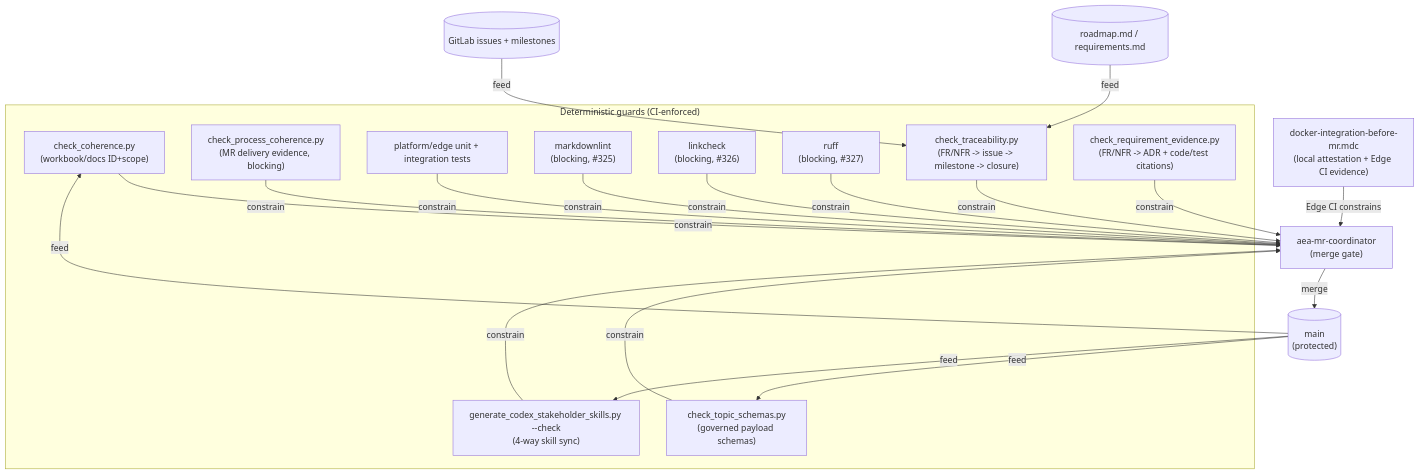
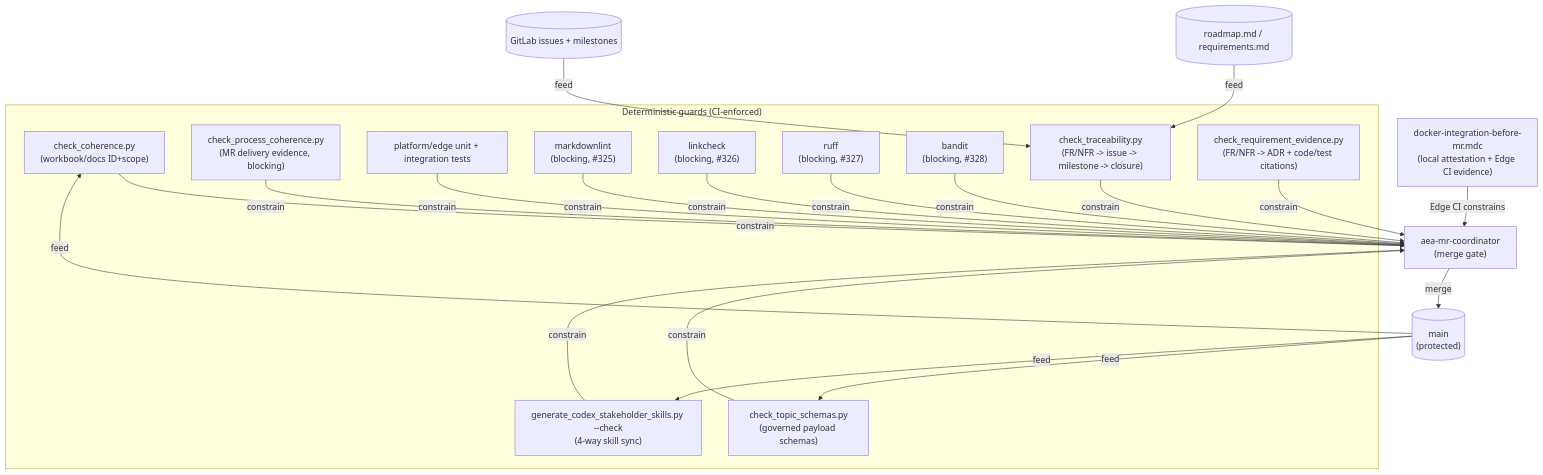
The first of 3 diagrams in research/loop-graph.md (artofdream/adaptive-experience), drawn with Mermaid before and after one commit. The commit also changed other lines of this file and 15 other files, not shown here.

First line of the commit message:
ci: establish blocking Python SAST baseline (#328)

````diff
--- a/research/loop-graph.md
+++ b/research/loop-graph.md
@@ -48,38 +48,40 @@
 ```mermaid
 flowchart TD
     subgraph guards["Deterministic guards (CI-enforced)"]
         CC["check_coherence.py<br/>(workbook/docs ID+scope)"]
         TS["check_topic_schemas.py<br/>(governed payload schemas)"]
         SS["generate_codex_stakeholder_skills.py --check<br/>(4-way skill sync)"]
         PC["check_process_coherence.py<br/>(MR delivery evidence, blocking)"]
         PU["platform/edge unit + integration tests"]
         LINT["markdownlint<br/>(blocking, #325)"]
         LINK["linkcheck<br/>(blocking, #326)"]
         RUFF["ruff<br/>(blocking, #327)"]
+        SAST["bandit<br/>(blocking, #328)"]
         TRACE["check_traceability.py<br/>(FR/NFR -> issue -> milestone -> closure)"]
         EVIDENCE["check_requirement_evidence.py<br/>(FR/NFR -> ADR + code/test citations)"]
     end
     DOCKER["docker-integration-before-mr.mdc<br/>(local attestation + Edge CI evidence)"]
     MRC["aea-mr-coordinator<br/>(merge gate)"]
     MAIN[("main<br/>(protected)")]
     ROADMAP[("roadmap.md / requirements.md")]
     ISSUES[("GitLab issues + milestones")]
 
     CC -- constrain --> MRC
     TS -- constrain --> MRC
     SS -- constrain --> MRC
     PC -- constrain --> MRC
     PU -- constrain --> MRC
     LINT -- constrain --> MRC
     LINK -- constrain --> MRC
     RUFF -- constrain --> MRC
+    SAST -- constrain --> MRC
     DOCKER -- "Edge CI constrains" --> MRC
     ROADMAP -- feed --> TRACE
     ISSUES -- feed --> TRACE
     TRACE -- constrain --> MRC
     EVIDENCE -- constrain --> MRC
     MRC -- merge --> MAIN
     MAIN -- feed --> CC
     MAIN -- feed --> TS
     MAIN -- feed --> SS
 ```
````
